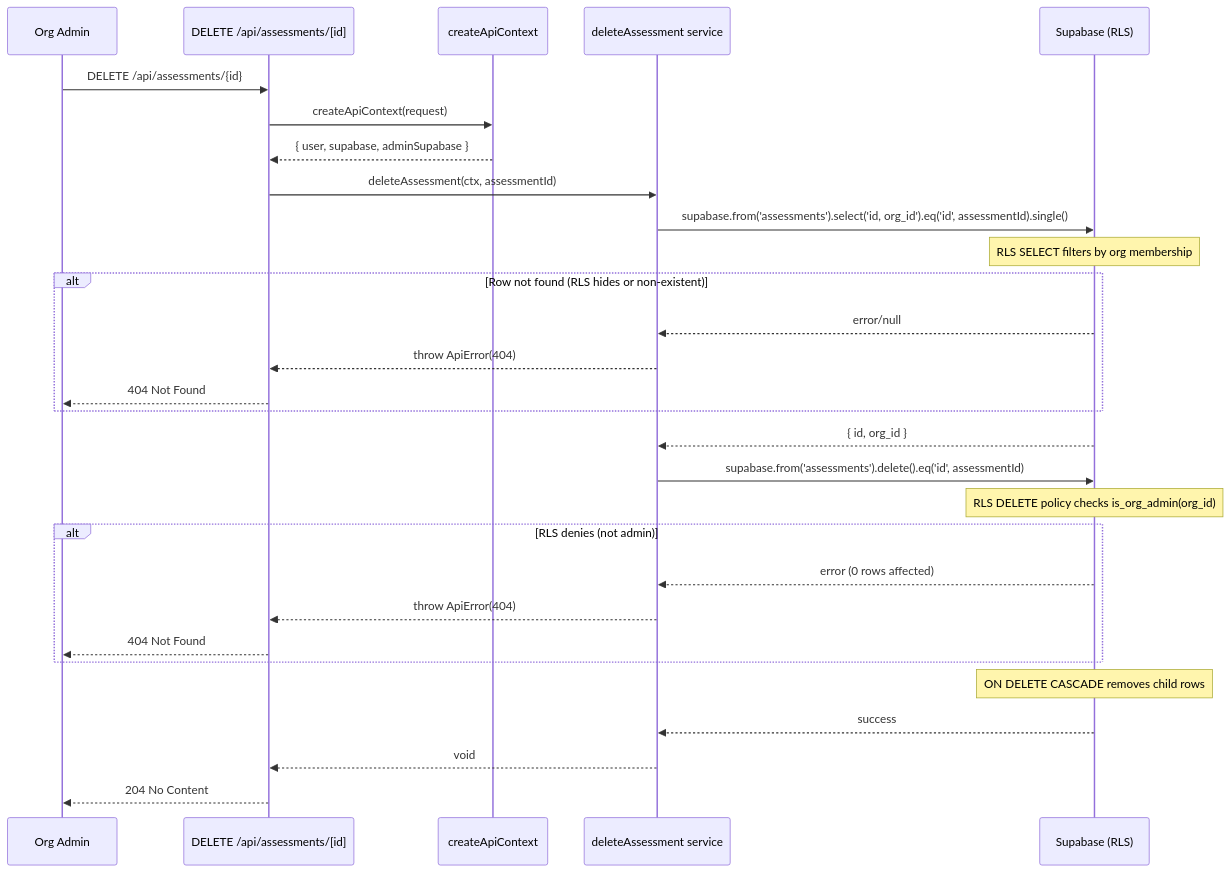
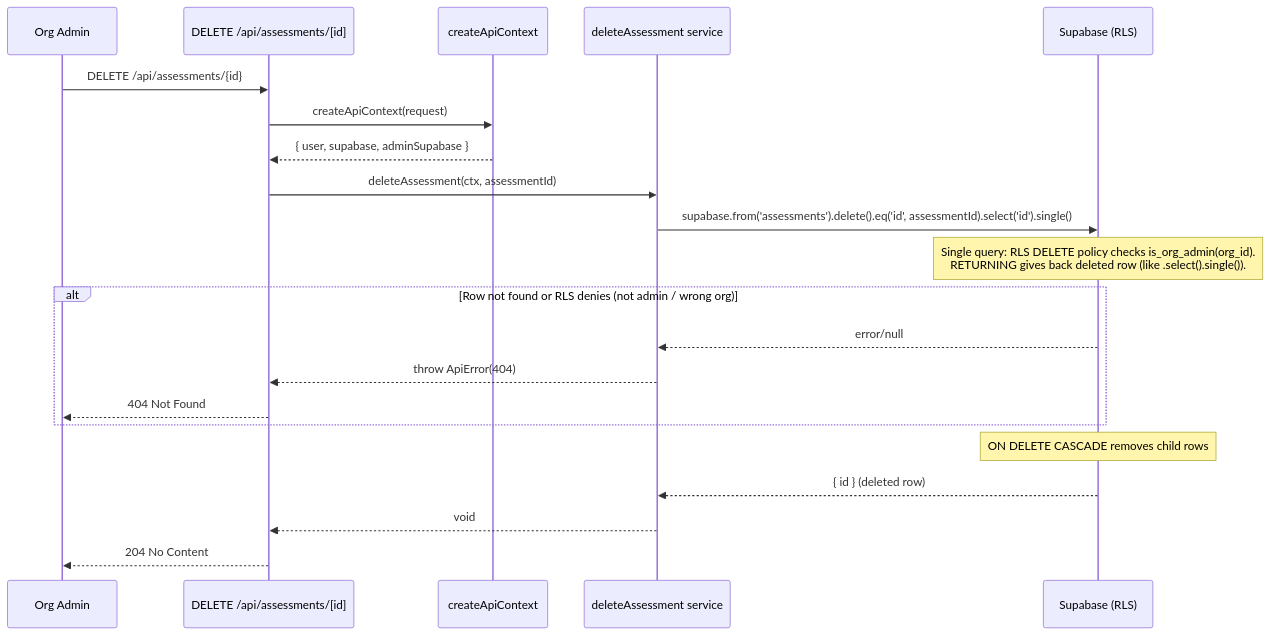
One commit to mironyx/feature-comprehension-score changed the first of 3 diagrams in docs/design/lld-e3-assessment-deletion.md. Above: the diagram before and after it, drawn with Mermaid.

Commit message:
docs: fix E3 sequence diagram — single delete+select query, not two calls

````diff
--- a/docs/design/lld-e3-assessment-deletion.md
+++ b/docs/design/lld-e3-assessment-deletion.md
@@ -25,32 +25,24 @@
 ```mermaid
 sequenceDiagram
     participant Admin as Org Admin
     participant Route as DELETE /api/assessments/[id]
     participant Ctx as createApiContext
     participant Svc as deleteAssessment service
     participant DB as Supabase (RLS)
 
     Admin->>Route: DELETE /api/assessments/{id}
     Route->>Ctx: createApiContext(request)
     Ctx-->>Route: { user, supabase, adminSupabase }
     Route->>Svc: deleteAssessment(ctx, assessmentId)
-    Svc->>DB: supabase.from('assessments').select('id, org_id').eq('id', assessmentId).single()
-    Note over DB: RLS SELECT filters by org membership
-    alt Row not found (RLS hides or non-existent)
+    Svc->>DB: supabase.from('assessments').delete().eq('id', assessmentId).select('id').single()
+    Note over DB: Single query: RLS DELETE policy checks is_org_admin(org_id).<br/>RETURNING gives back deleted row (like .select().single()).
+    alt Row not found or RLS denies (not admin / wrong org)
         DB-->>Svc: error/null
         Svc-->>Route: throw ApiError(404)
         Route-->>Admin: 404 Not Found
     end
-    DB-->>Svc: { id, org_id }
-    Svc->>DB: supabase.from('assessments').delete().eq('id', assessmentId)
-    Note over DB: RLS DELETE policy checks is_org_admin(org_id)
-    alt RLS denies (not admin)
-        DB-->>Svc: error (0 rows affected)
-        Svc-->>Route: throw ApiError(404)
-        Route-->>Admin: 404 Not Found
-    end
     Note over DB: ON DELETE CASCADE removes child rows
-    DB-->>Svc: success
+    DB-->>Svc: { id } (deleted row)
     Svc-->>Route: void
     Route-->>Admin: 204 No Content
 ```
````
